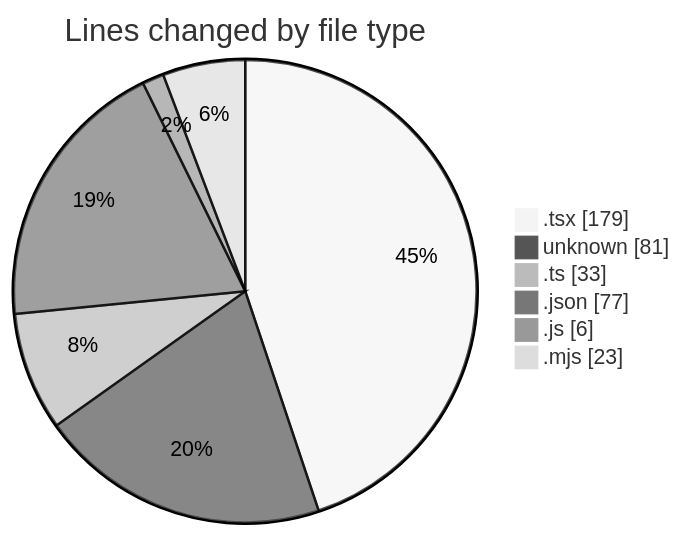
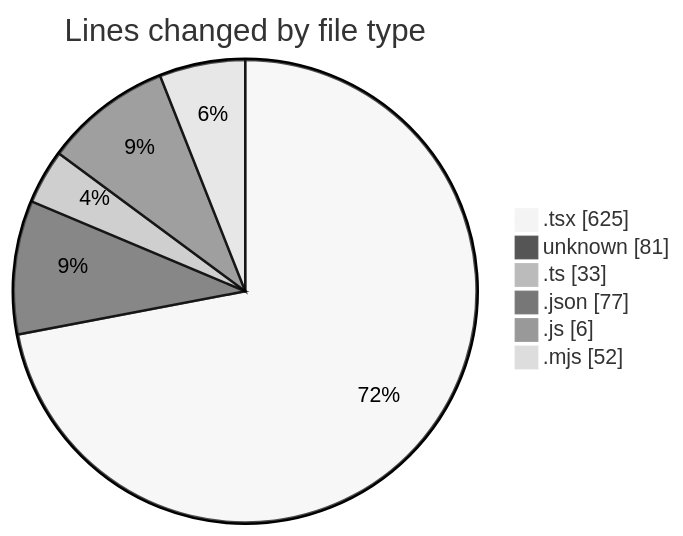
Before and after one commit to Elitesun/code-tracking: the first of 2 diagrams in 2025-05-21/niten/README.md, drawn with Mermaid (neutral theme). The commit also changed other lines of this file and 1 other file, not shown here.

````diff
--- a/2025-05-21/niten/README.md
+++ b/2025-05-21/niten/README.md
@@ -30,10 +34,10 @@
 ```mermaid
 pie showData
 title Lines changed by file type
-".tsx" : 179
+".tsx" : 625
 "unknown" : 81
 ".ts" : 33
 ".json" : 77
 ".js" : 6
-".mjs" : 23
+".mjs" : 52
 ```
````
